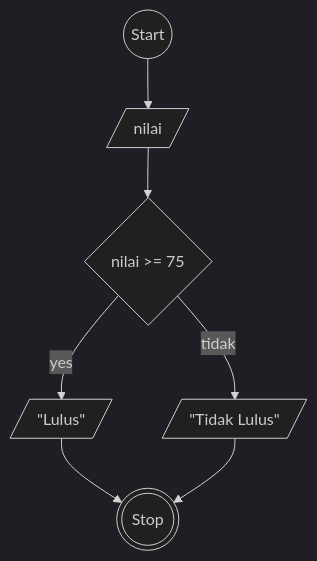
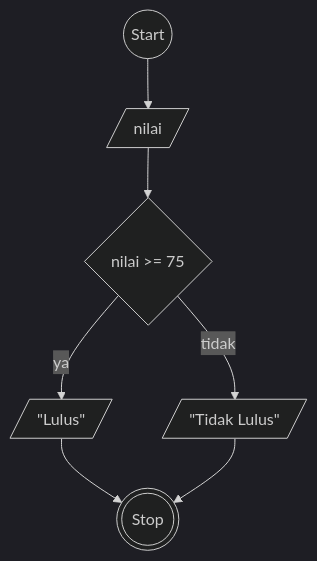
Before and after one commit to ktsrqsdev/koda-b10-algo-impl: the diagram in README.md, drawn with Mermaid (dark theme).

````diff
--- a/README.md
+++ b/README.md
@@ -16,15 +16,15 @@
 ```mermaid
   flowchart TD
     start@{ shape: circle, label: "Start" }
     inputNilai@{ shape: lean-r, label: "nilai" }
     if@{ shape: diamond, label: "nilai >= 75" }
     outputLulus@{ shape: lean-r, label: "#quot;Lulus#quot;" }
     outputTidakLulus@{ shape: lean-r, label: "#quot;Tidak Lulus#quot;" }
     stop@{ shape: dbl-circ, label: "Stop" }
 
     start --> inputNilai
     inputNilai --> if
     if --tidak--> outputTidakLulus
-    if --yes--> outputLulus
+    if --ya--> outputLulus
     outputLulus & outputTidakLulus --> stop
 ```
````
